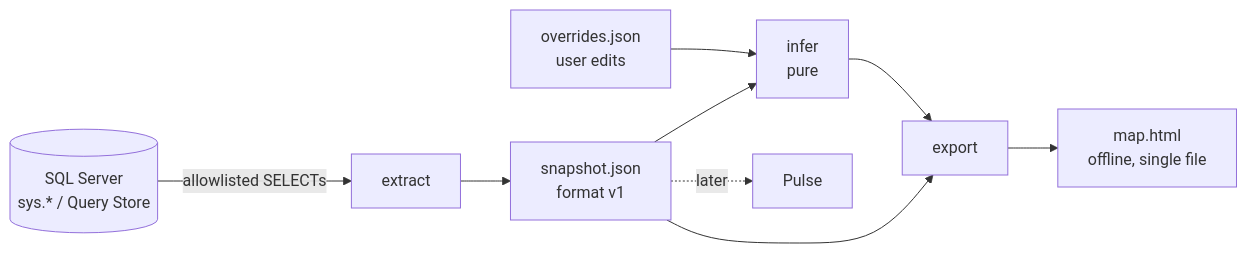
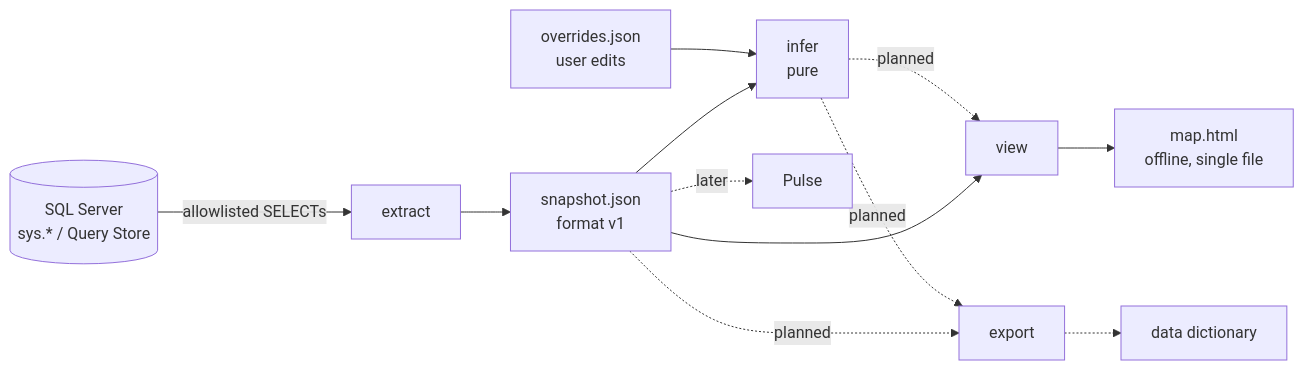
The diagram in docs/ARCHITECTURE.md (harshitgupta240197/schemamap), drawn with Mermaid before and after one commit. The commit also changed other lines of this file and 6 other files, not shown here.

````diff
--- a/docs/ARCHITECTURE.md
+++ b/docs/ARCHITECTURE.md
@@ -72,11 +77,14 @@
 ```mermaid
 flowchart LR
   DB[(SQL Server<br/>sys.* / Query Store)] -->|allowlisted SELECTs| X[extract]
   X --> S[snapshot.json<br/>format v1]
   O[overrides.json<br/>user edits] --> I
   S --> I[infer<br/>pure]
-  I --> E[export]
-  S --> E
-  E --> H[map.html<br/>offline, single file]
+  I -. planned .-> V[view]
+  S --> V
+  V --> H[map.html<br/>offline, single file]
+  I -. planned .-> E[export]
+  S -. planned .-> E
+  E -.-> D[data dictionary]
   S -. later .-> P[Pulse]
 ```
````
